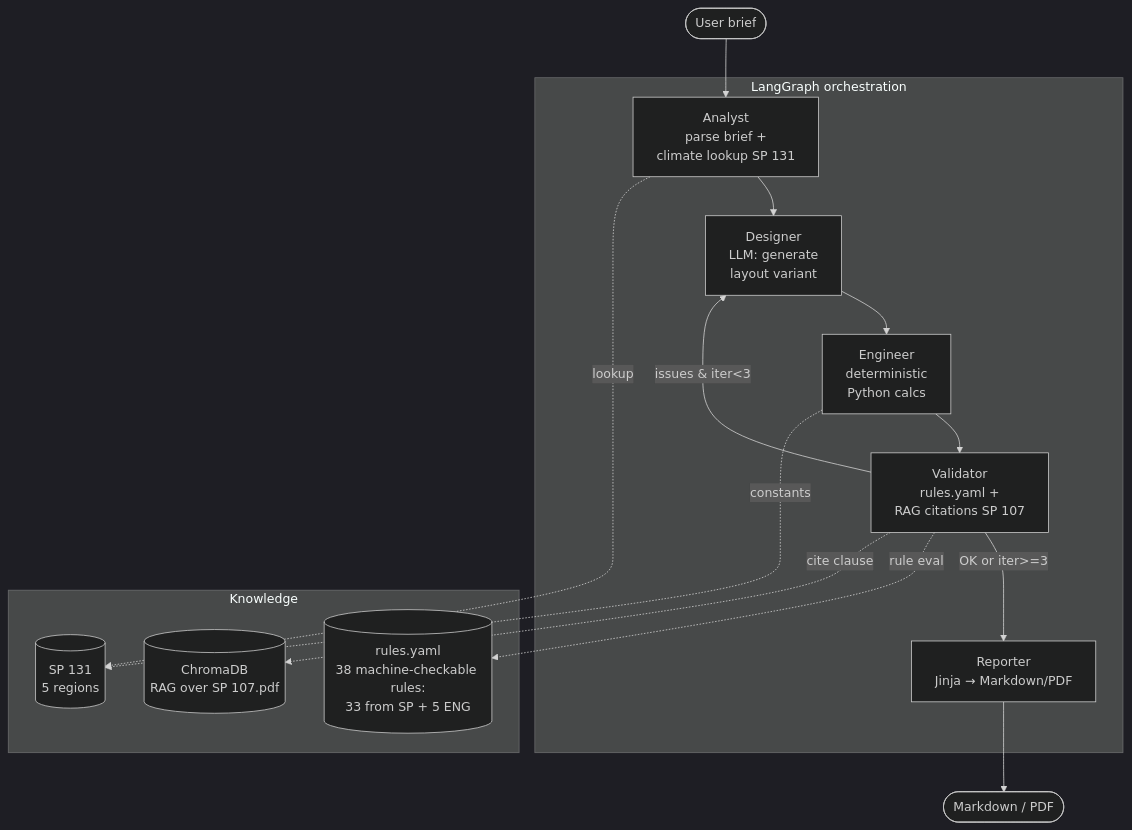
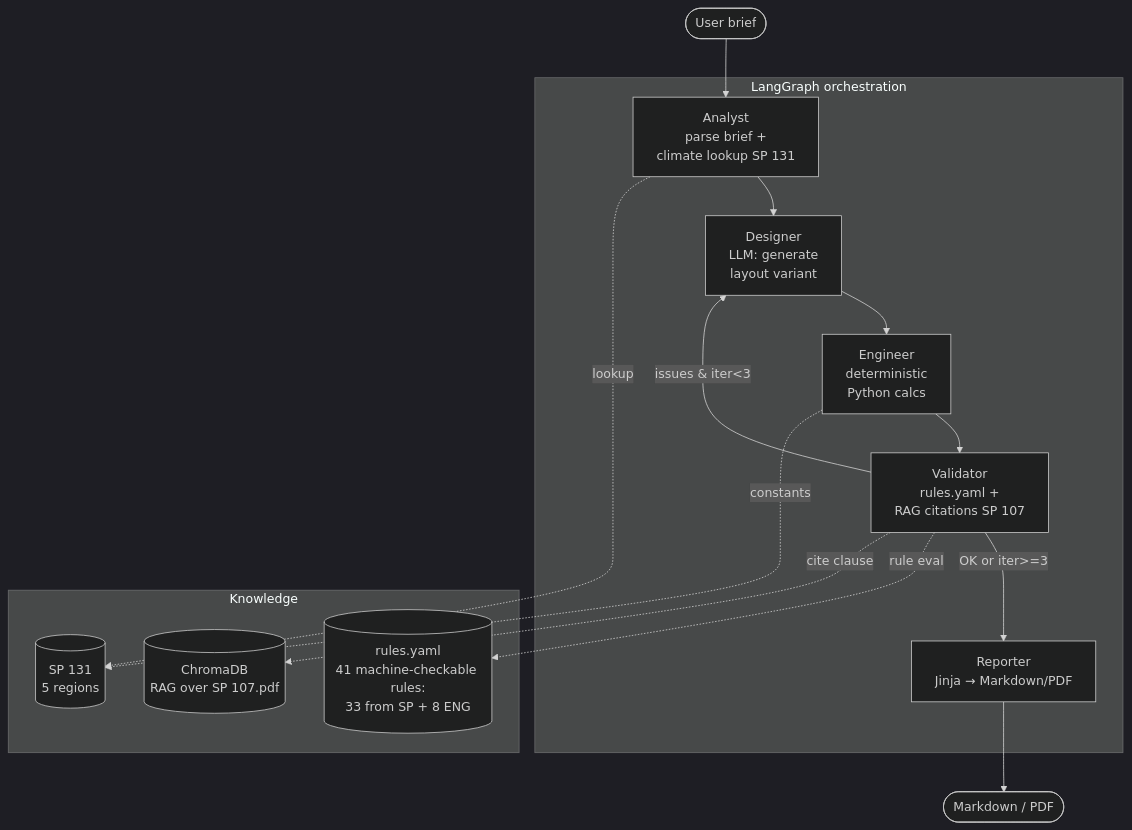
One commit to JukPelme/agro-greenhouse-designer changed the diagram in README.en.md. Above: the diagram before and after it, drawn with Mermaid (dark theme). The commit also changed other lines of this file and 25 other files, not shown here.

````diff
--- a/README.en.md
+++ b/README.en.md
@@ -45,31 +45,31 @@
 ```mermaid
 flowchart TD
     Brief([User brief]) --> Analyst
 
     subgraph Graph[LangGraph orchestration]
         Analyst[Analyst<br/>parse brief +<br/>climate lookup SP 131]
         Designer[Designer<br/>LLM: generate<br/>layout variant]
         Engineer[Engineer<br/>deterministic<br/>Python calcs]
         Validator[Validator<br/>rules.yaml +<br/>RAG citations SP 107]
         Reporter[Reporter<br/>Jinja → Markdown/PDF]
 
         Analyst --> Designer
         Designer --> Engineer
         Engineer --> Validator
         Validator -- issues & iter<3 --> Designer
         Validator -- OK or iter>=3 --> Reporter
     end
 
     subgraph Knowledge
-        Rules[(rules.yaml<br/>38 machine-checkable rules:<br/>33 from SP + 5 ENG)]
+        Rules[(rules.yaml<br/>41 machine-checkable rules:<br/>33 from SP + 8 ENG)]
         Climate[(SP 131<br/>5 regions)]
         SPIndex[(ChromaDB<br/>RAG over SP 107.pdf)]
     end
 
     Analyst -.->|lookup| Climate
     Engineer -.->|constants| Climate
     Validator -.->|rule eval| Rules
     Validator -.->|cite clause| SPIndex
 
     Reporter --> Report([Markdown / PDF])
 ```
````
